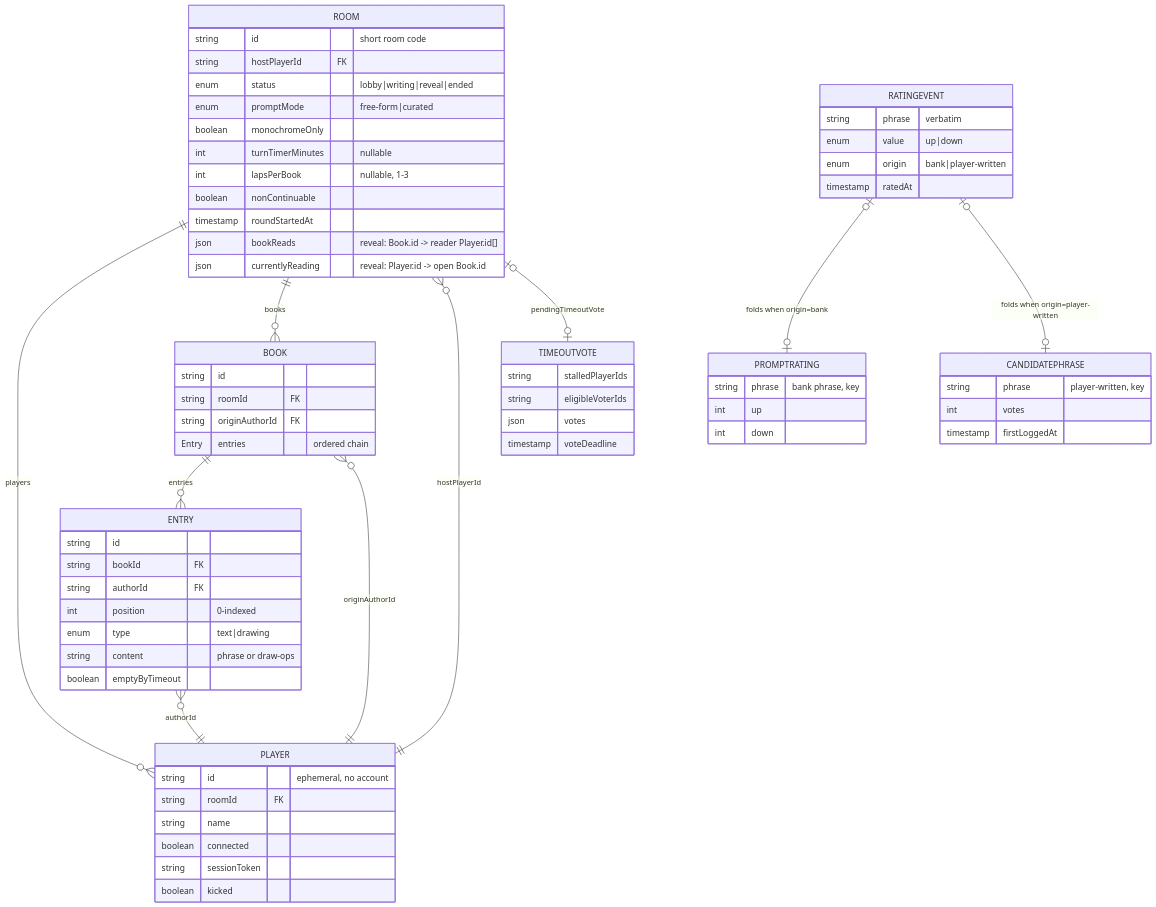
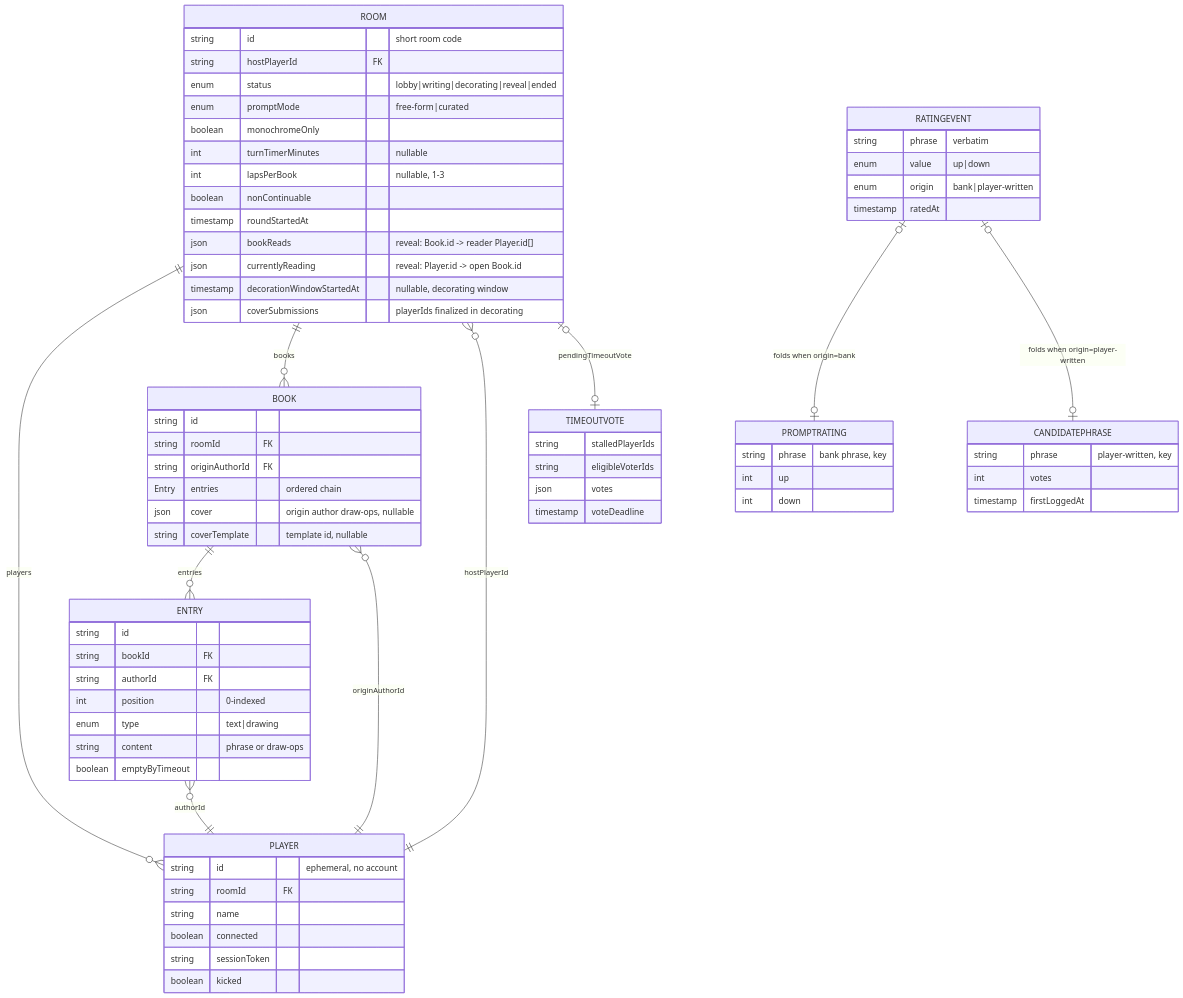
Before and after one commit to moui72/exquisite-telephone: the first of 3 diagrams in README.md, drawn with Mermaid. The commit also changed other lines of this file and 3 other files, not shown here.

First line of the commit message:
docs(project): regenerate all three diagrams for cover decoration

````diff
--- a/README.md
+++ b/README.md
@@ -137,71 +137,75 @@
 ```mermaid
 erDiagram
     ROOM ||--o{ PLAYER : "players"
     ROOM ||--o{ BOOK : "books"
     ROOM }o--|| PLAYER : "hostPlayerId"
     ROOM |o--o| TIMEOUTVOTE : "pendingTimeoutVote"
     BOOK ||--o{ ENTRY : "entries"
     BOOK }o--|| PLAYER : "originAuthorId"
     ENTRY }o--|| PLAYER : "authorId"
     RATINGEVENT |o--o| PROMPTRATING : "folds when origin=bank"
     RATINGEVENT |o--o| CANDIDATEPHRASE : "folds when origin=player-written"
 
     ROOM {
         string id "short room code"
         string hostPlayerId FK
-        enum status "lobby|writing|reveal|ended"
+        enum status "lobby|writing|decorating|reveal|ended"
         enum promptMode "free-form|curated"
         boolean monochromeOnly
         int turnTimerMinutes "nullable"
         int lapsPerBook "nullable, 1-3"
         boolean nonContinuable
         timestamp roundStartedAt
         json bookReads "reveal: Book.id -> reader Player.id[]"
         json currentlyReading "reveal: Player.id -> open Book.id"
+        timestamp decorationWindowStartedAt "nullable, decorating window"
+        json coverSubmissions "playerIds finalized in decorating"
     }
     PLAYER {
         string id "ephemeral, no account"
         string roomId FK
         string name
         boolean connected
         string sessionToken
         boolean kicked
     }
     BOOK {
         string id
         string roomId FK
         string originAuthorId FK
         Entry entries "ordered chain"
+        json cover "origin author draw-ops, nullable"
+        string coverTemplate "template id, nullable"
     }
     ENTRY {
         string id
         string bookId FK
         string authorId FK
         int position "0-indexed"
         enum type "text|drawing"
         string content "phrase or draw-ops"
         boolean emptyByTimeout
     }
     TIMEOUTVOTE {
         string stalledPlayerIds
         string eligibleVoterIds
         json votes
         timestamp voteDeadline
     }
     RATINGEVENT {
         string phrase "verbatim"
         enum value "up|down"
         enum origin "bank|player-written"
         timestamp ratedAt
     }
     PROMPTRATING {
         string phrase "bank phrase, key"
         int up
         int down
     }
     CANDIDATEPHRASE {
         string phrase "player-written, key"
         int votes
         timestamp firstLoggedAt
     }
 ```
````
